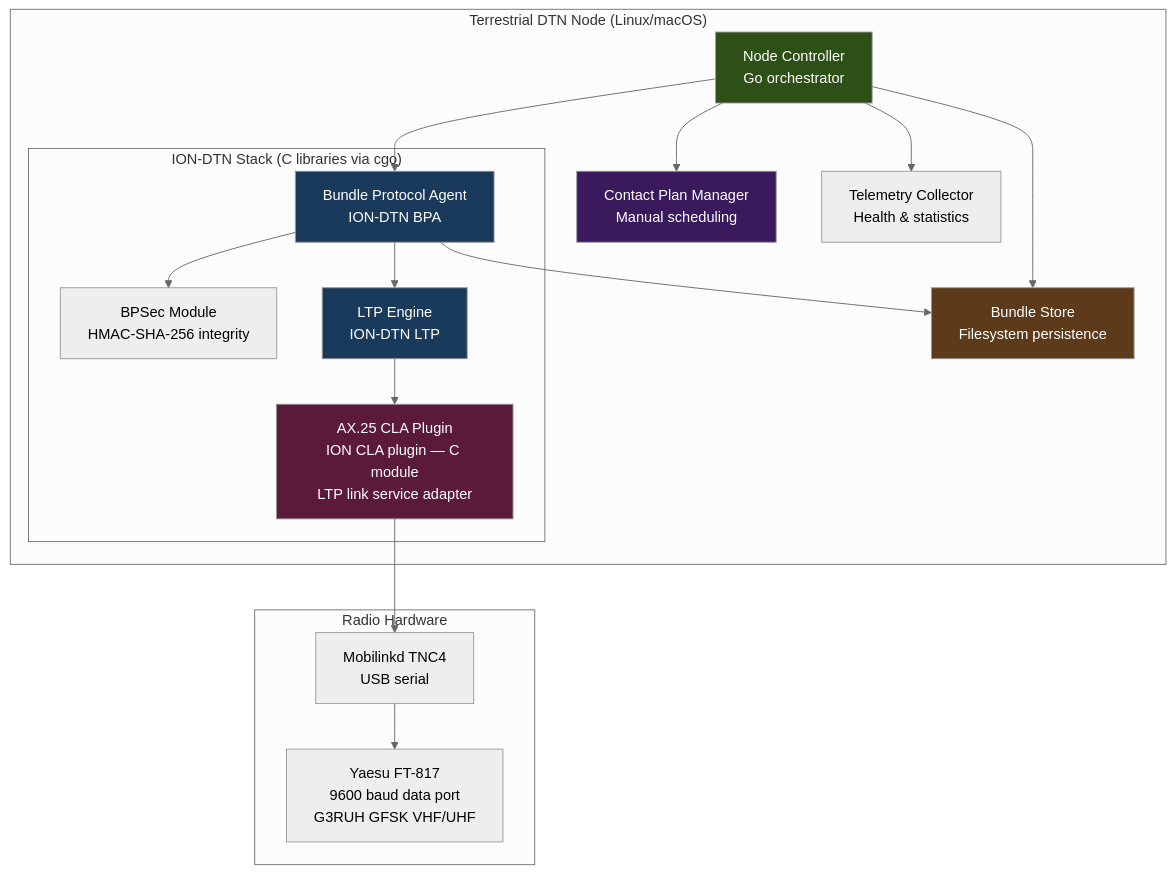
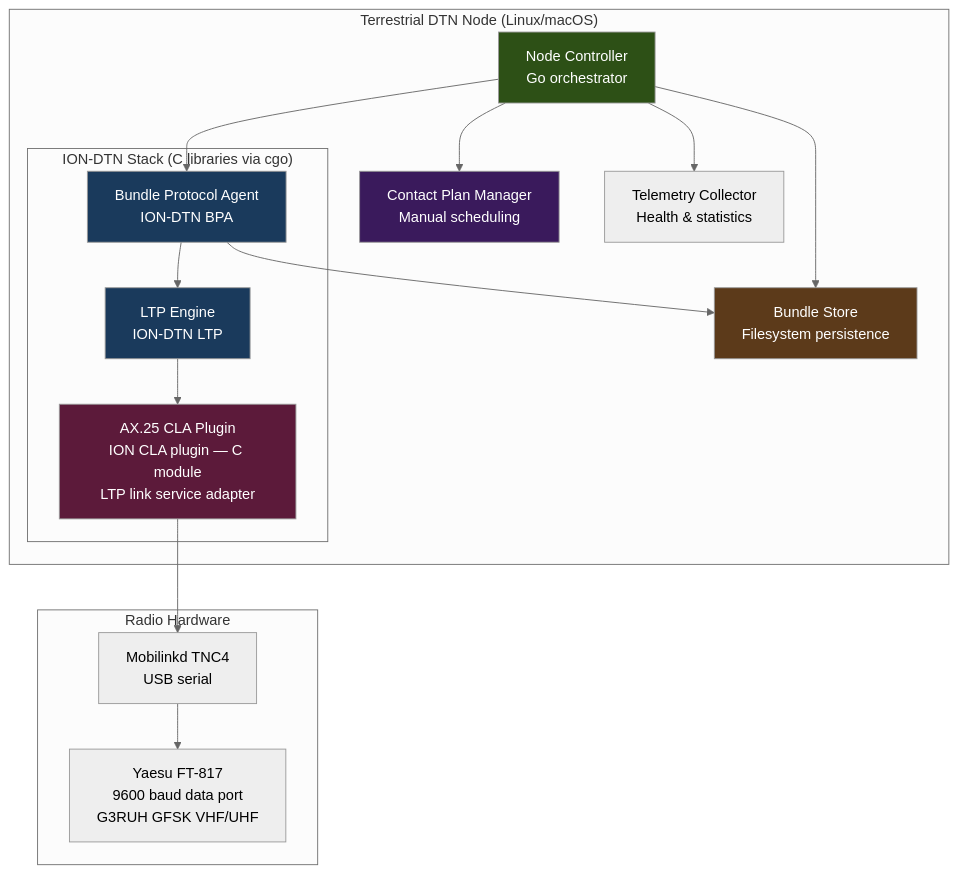
Before and after one commit to g4dpz/cislunar_proposal: the first of 4 diagrams in docs/terrestrial-dtn-phase1/design.md, drawn with Mermaid (neutral theme). The commit also changed other lines of this file and 39 other files, not shown here.

````diff
--- a/docs/terrestrial-dtn-phase1/design.md
+++ b/docs/terrestrial-dtn-phase1/design.md
@@ -21,39 +21,37 @@
 ```mermaid
 graph TD
     subgraph "Terrestrial DTN Node (Linux/macOS)"
         NC[Node Controller<br/>Go orchestrator]
         BS[Bundle Store<br/>Filesystem persistence]
         CPM[Contact Plan Manager<br/>Manual scheduling]
         TEL[Telemetry Collector<br/>Health & statistics]
 
         subgraph "ION-DTN Stack (C libraries via cgo)"
             BPA[Bundle Protocol Agent<br/>ION-DTN BPA]
-            SEC[BPSec Module<br/>HMAC-SHA-256 integrity]
             LTP[LTP Engine<br/>ION-DTN LTP]
             CLA[AX.25 CLA Plugin<br/>ION CLA plugin — C module<br/>LTP link service adapter]
         end
     end
 
     subgraph "Radio Hardware"
         TNC[Mobilinkd TNC4<br/>USB serial]
         FT817[Yaesu FT-817<br/>9600 baud data port<br/>G3RUH GFSK VHF/UHF]
     end
 
     NC --> BPA
     NC --> BS
     NC --> CPM
     NC --> TEL
-    BPA --> SEC
     BPA --> BS
     BPA --> LTP
     LTP --> CLA
     CLA --> TNC
     TNC --> FT817
 
     style NC fill:#2d5016,color:#fff
     style BPA fill:#1a3a5c,color:#fff
     style LTP fill:#1a3a5c,color:#fff
     style BS fill:#5c3a1a,color:#fff
     style CPM fill:#3a1a5c,color:#fff
     style CLA fill:#5c1a3a,color:#fff
 ```
````
